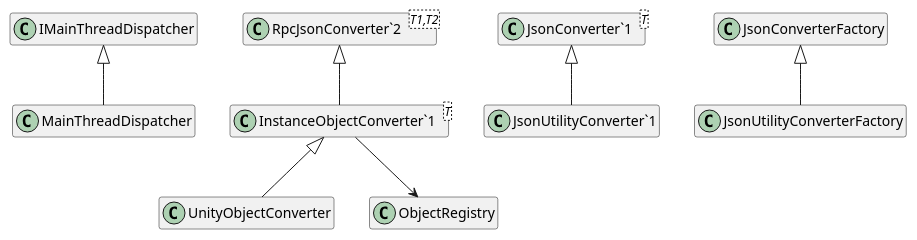
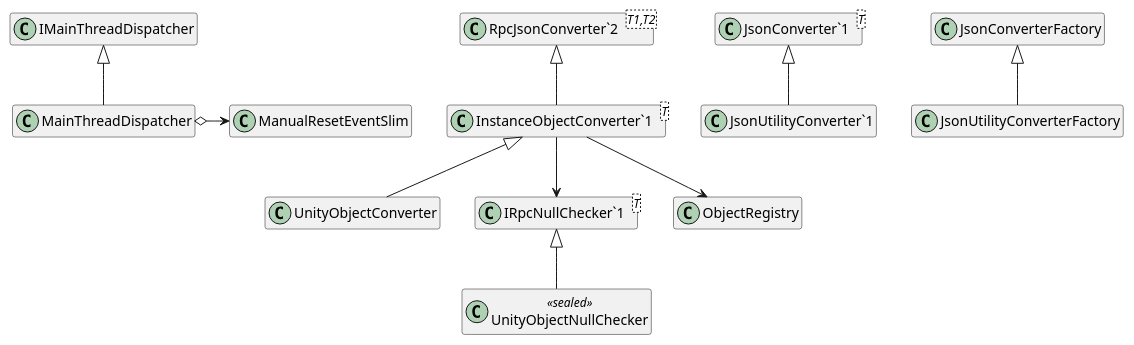
Before and after one commit to hide00310/UniLiquidLink: the third of 4 diagrams in Docs~/ClassDiagram.md, drawn with PlantUML. The commit also changed other lines of this file and 2 other files, not shown here.

First line of the commit message:
chore(docs): regenerate class diagram and API docs

````diff
--- a/Docs~/ClassDiagram.md
+++ b/Docs~/ClassDiagram.md
@@ -184,29 +214,41 @@
 ```plantuml
 @startuml classes_UniLiquidLink
 set namespaceSeparator none
 hide members
 
 class MainThreadDispatcher {
+    - _draining : bool
+    + IdleWaitMilliseconds : int <<get>> <<set>> = 10
     + Enqueue(action:Action) : void
     + Start() : void
     + Stop() : void
-    - ProcessAll() : void
+    <<internal>> ProcessAll() : void
 }
 class UnityObjectConverter {
-    + UnityObjectConverter(registry:ObjectRegistry)
+    + UnityObjectConverter(registry:ObjectRegistry, nullChecker:IRpcNullChecker<UnityEngine.Object>)
+}
+class UnityObjectNullChecker <<sealed>> {
+    + IsNull(value:UnityEngine.Object) : bool
+}
+class "IRpcNullChecker`1"<T> {
+}
+class "IRpcNullChecker`1"<T> {
 }
 class "InstanceObjectConverter`1"<T> {
 }
 class "JsonConverter`1"<T> {
 }
 class "RpcJsonConverter`2"<T1,T2> {
 }
 
+"IRpcNullChecker`1" <|-- UnityObjectNullChecker
 "JsonConverter`1" <|-- "JsonUtilityConverter`1"
 "RpcJsonConverter`2" <|-- "InstanceObjectConverter`1"
 IMainThreadDispatcher <|-- MainThreadDispatcher
 JsonConverterFactory <|-- JsonUtilityConverterFactory
 "InstanceObjectConverter`1" <|-- UnityObjectConverter
+MainThreadDispatcher o-> ManualResetEventSlim
+"InstanceObjectConverter`1" --> "IRpcNullChecker`1"
 "InstanceObjectConverter`1" --> ObjectRegistry
 @enduml
 ```
````
